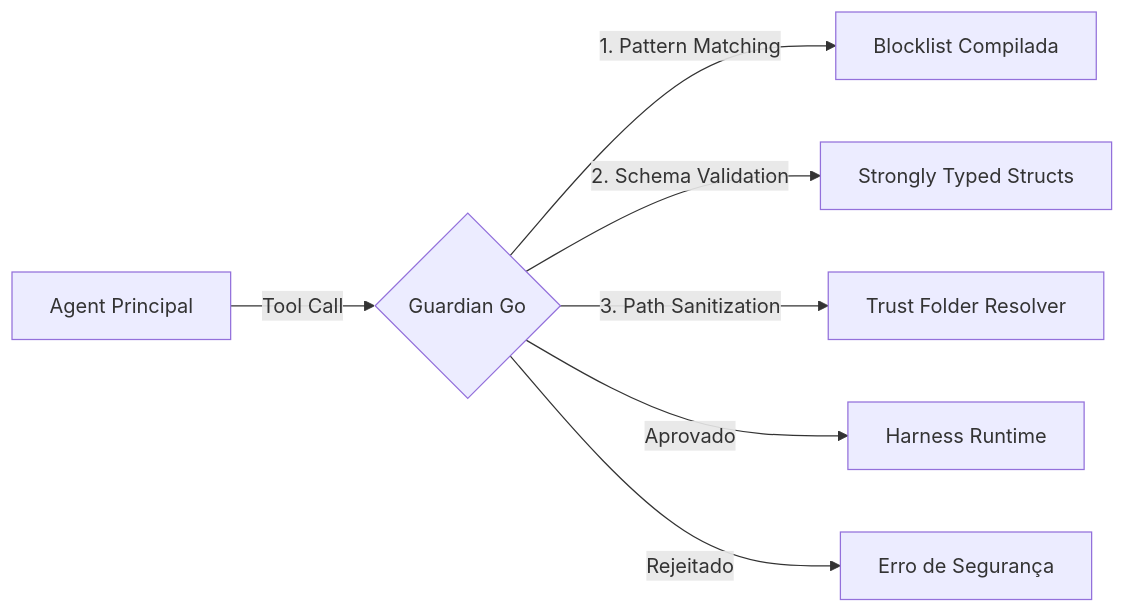
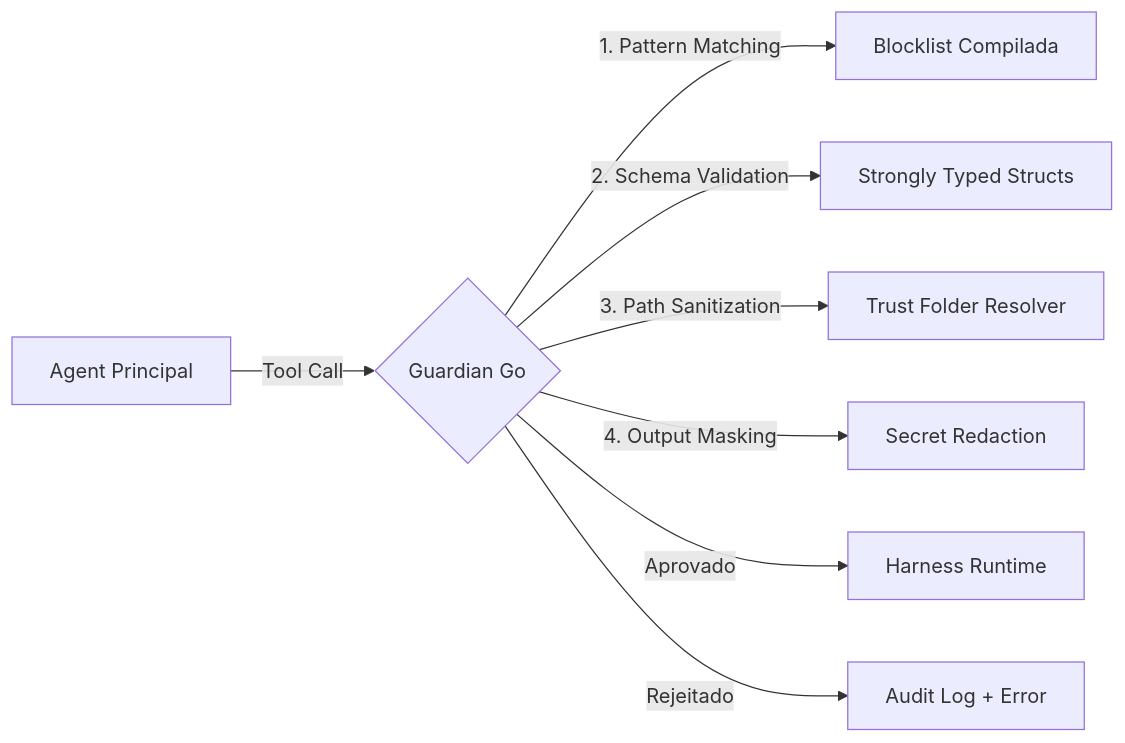
One commit to MachiTwo/MachiOnCoffee changed the diagram in content/docs/vectora/implementation/security-engine.md. Above: the diagram before and after it, drawn with Mermaid. The commit also changed other lines of this file and 11 other files, not shown here.

````diff
--- a/content/docs/vectora/implementation/security-engine.md
+++ b/content/docs/vectora/implementation/security-engine.md
@@ -35,9 +23,10 @@
 ```mermaid
 graph LR
     A[Agent Principal] -- Tool Call --> G{Guardian Go}
     G -- "1. Pattern Matching" --> B[Blocklist Compilada]
     G -- "2. Schema Validation" --> C[Strongly Typed Structs]
     G -- "3. Path Sanitization" --> D[Trust Folder Resolver]
-    G -- Aprovado --> E[Harness Runtime]
-    G -- Rejeitado --> F[Erro de Segurança]
+    G -- "4. Output Masking" --> E[Secret Redaction]
+    G -- Aprovado --> F[Harness Runtime]
+    G -- Rejeitado --> G2[Audit Log + Error]
 ```
````
